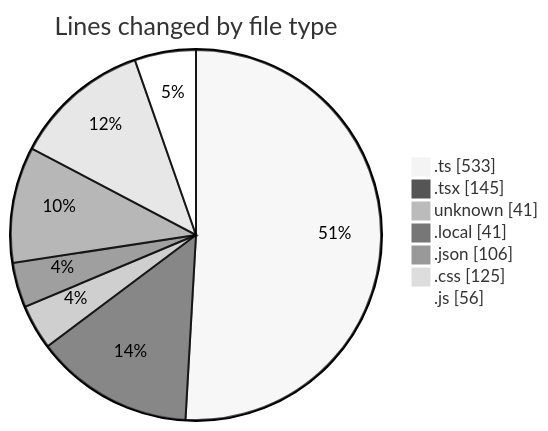
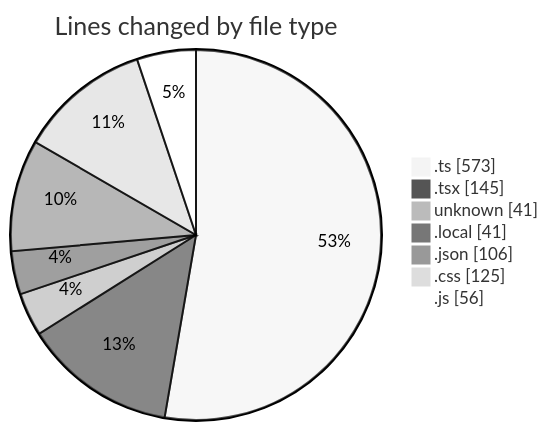
The first of 2 diagrams in 2026-02-26/car_database/README.md (momahboobian/code-tracking), drawn with Mermaid (neutral theme) before and after one commit. The commit also changed other lines of this file and 1 other file, not shown here.

````diff
--- a/2026-02-26/car_database/README.md
+++ b/2026-02-26/car_database/README.md
@@ -43,11 +43,11 @@
 ```mermaid
 pie showData
 title Lines changed by file type
-".ts" : 533
+".ts" : 573
 ".tsx" : 145
 "unknown" : 41
 ".local" : 41
 ".json" : 106
 ".css" : 125
 ".js" : 56
 ```
````
